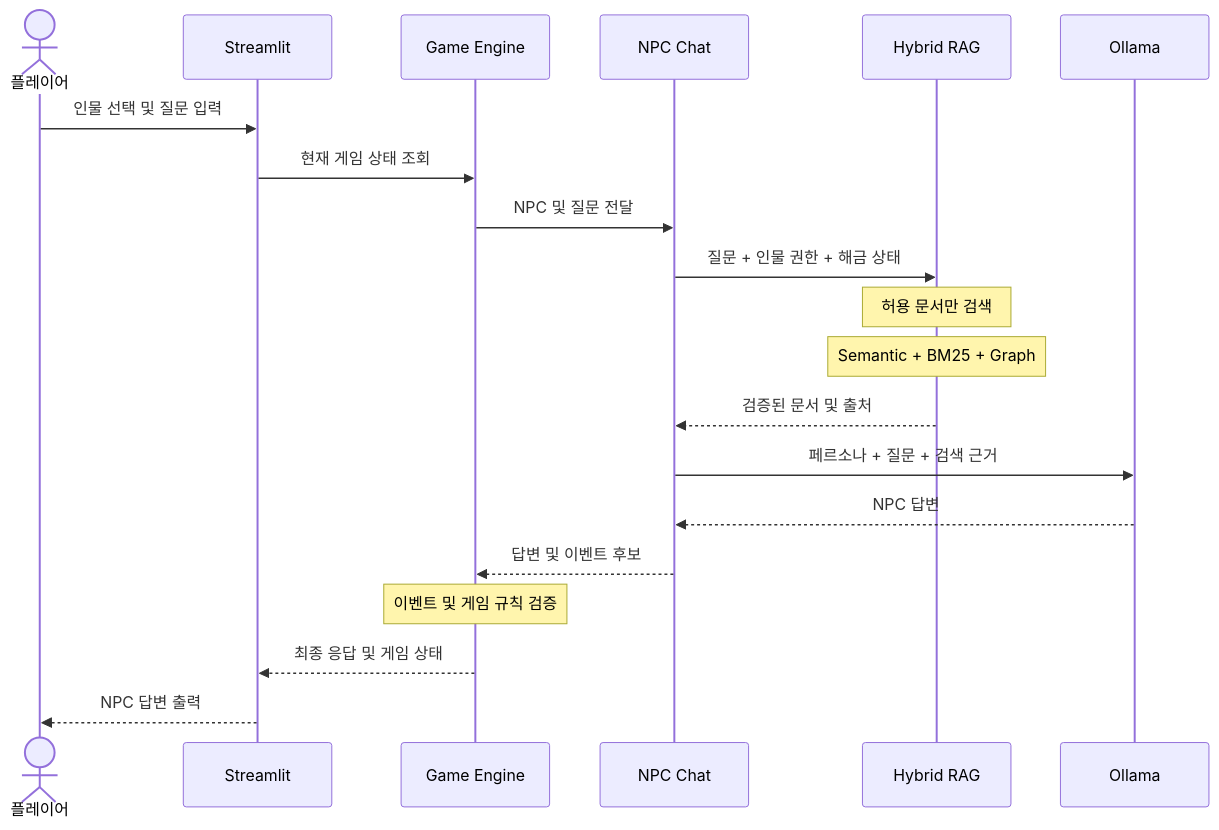
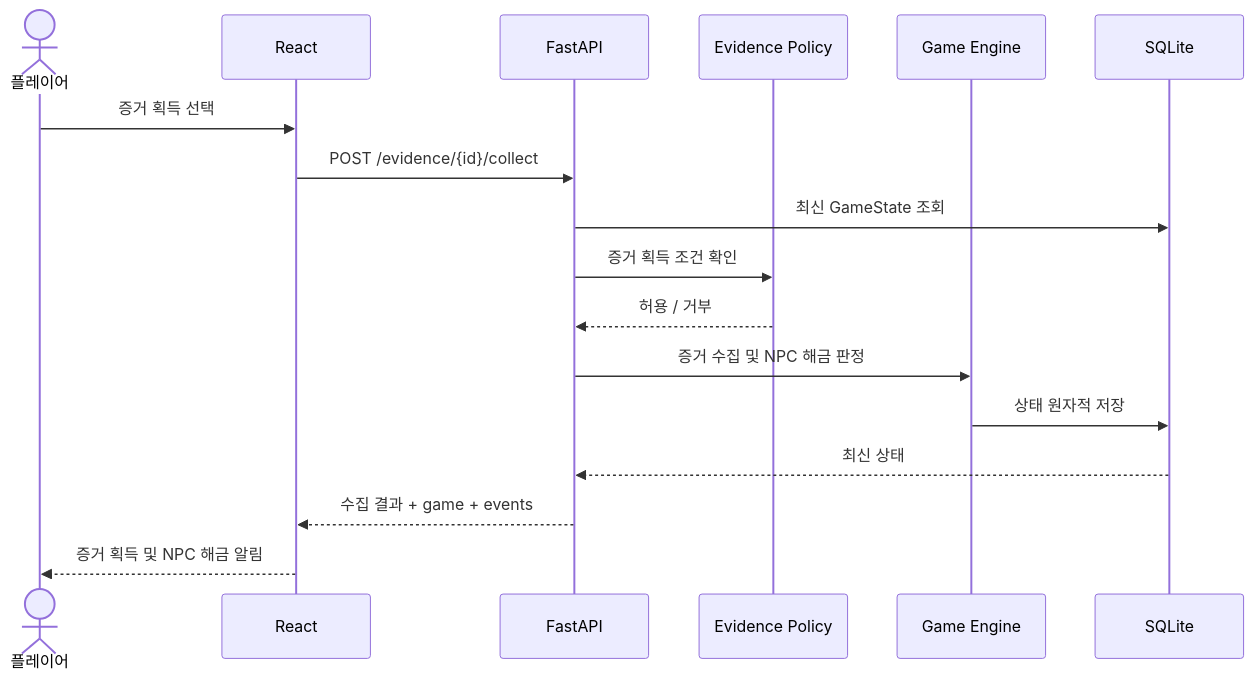
Before and after one commit to SKNETWORKS-FAMILY-AICAMP/SKN36-3rd-2Team: the fifth of 7 diagrams in docs/architecture/02-system-flow.md, drawn with Mermaid. The commit also changed other lines of this file and 31 other files, not shown here.

````diff
--- a/docs/architecture/02-system-flow.md
+++ b/docs/architecture/02-system-flow.md
@@ -123,26 +264,20 @@
 ```mermaid
 sequenceDiagram
     actor User as 플레이어
-    participant UI as Streamlit
-    participant GE as Game Engine
-    participant NPC as NPC Chat
-    participant RAG as Hybrid RAG
-    participant LLM as Ollama
+    participant UI as React
+    participant API as FastAPI
+    participant POLICY as Evidence Policy
+    participant GAME as Game Engine
+    participant DB as SQLite
 
-    User->>UI: 인물 선택 및 질문 입력
-    UI->>GE: 현재 게임 상태 조회
-    GE->>NPC: NPC 및 질문 전달
-
-    NPC->>RAG: 질문 + 인물 권한 + 해금 상태
-    Note over RAG: 허용 문서만 검색
-    Note over RAG: Semantic + BM25 + Graph
-    RAG-->>NPC: 검증된 문서 및 출처
-
-    NPC->>LLM: 페르소나 + 질문 + 검색 근거
-    LLM-->>NPC: NPC 답변
-
-    NPC-->>GE: 답변 및 이벤트 후보
-    Note over GE: 이벤트 및 게임 규칙 검증
-    GE-->>UI: 최종 응답 및 게임 상태
-    UI-->>User: NPC 답변 출력
+    User->>UI: 증거 획득 선택
+    UI->>API: POST /evidence/{id}/collect
+    API->>DB: 최신 GameState 조회
+    API->>POLICY: 증거 획득 조건 확인
+    POLICY-->>API: 허용 / 거부
+    API->>GAME: 증거 수집 및 NPC 해금 판정
+    GAME->>DB: 상태 원자적 저장
+    DB-->>API: 최신 상태
+    API-->>UI: 수집 결과 + game + events
+    UI-->>User: 증거 획득 및 NPC 해금 알림
 ```
````
